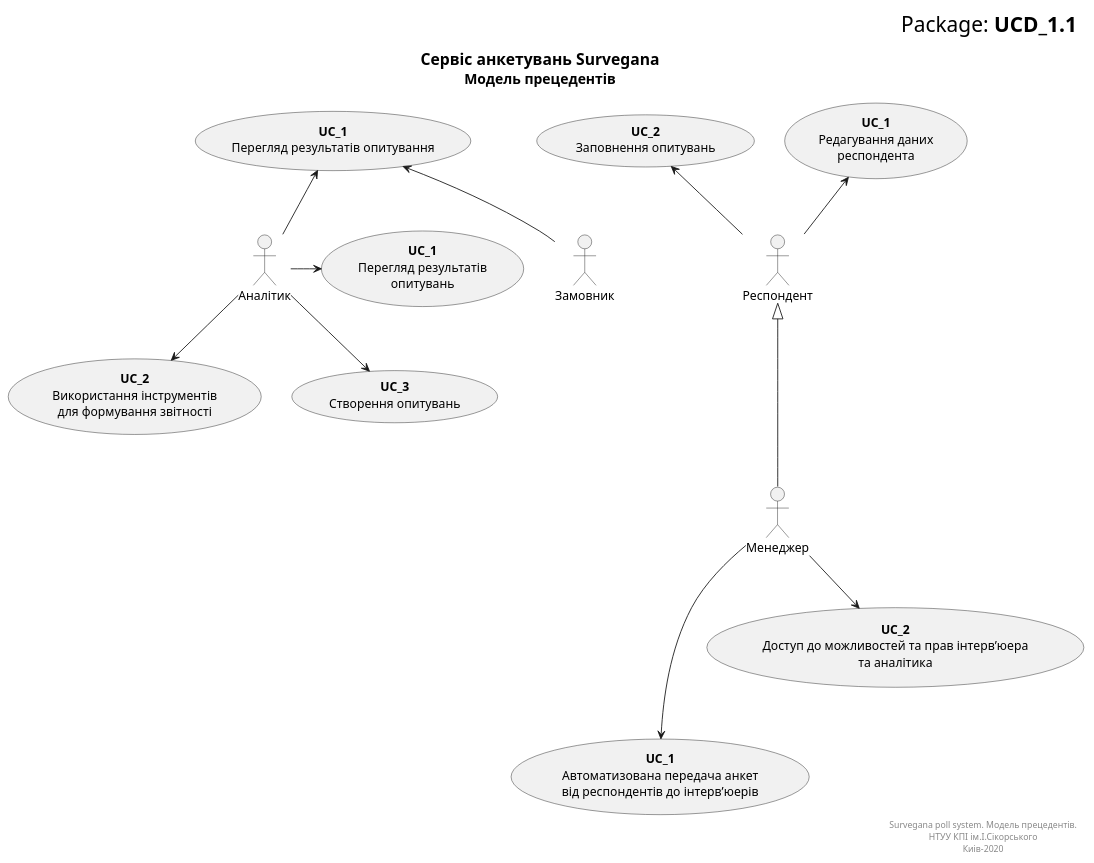
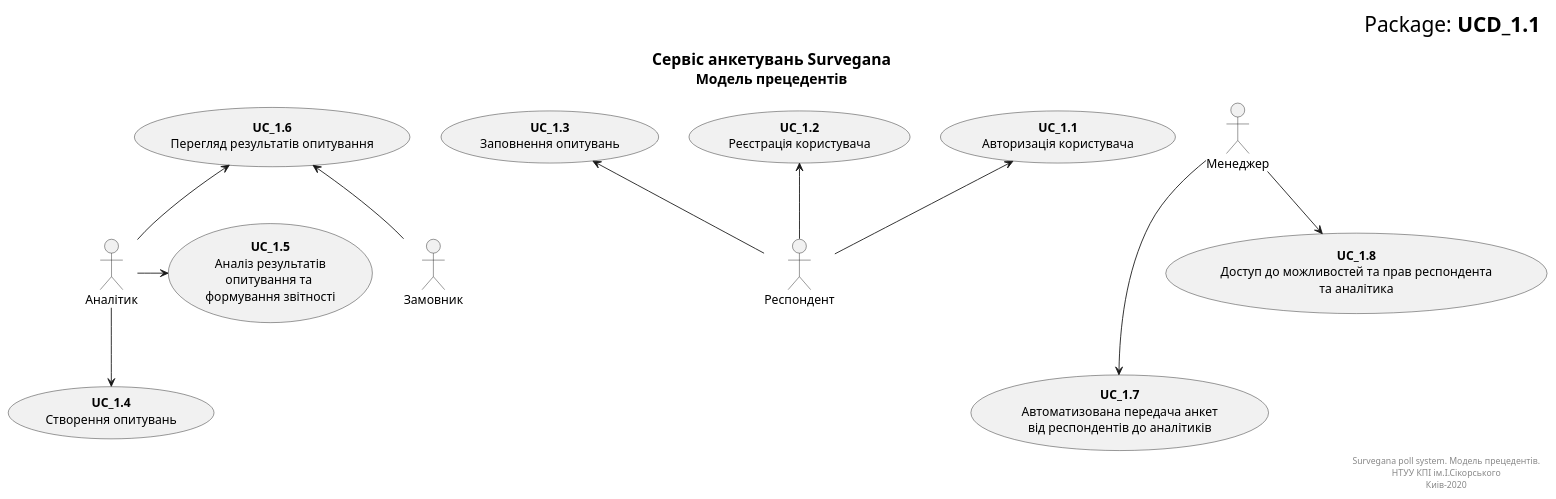
Before and after one commit to NothingIsMatter/database_basics_template: the diagram in src/uml/MainModel.puml, drawn with PlantUML.

Commit message:
reworked MainModel

```diff
--- a/src/uml/MainModel.puml
+++ b/src/uml/MainModel.puml
@@ -1,56 +1,56 @@
 @startuml
 right header
 <font size=24 color=black>Package: <b>UCD_1.1
 end header
 
 title
 <font size=18 color=black>Сервіс анкетувань Survegana
 <font size=16 color=black>Модель прецедентів
 end title
 
 actor "Респондент" as User
 actor "Аналітик" as Analyst
 actor "Замовник" as Customer
 actor "Менеджер" as Manager
 
 ' UCes for User:
-usecase "<b>UC_1</b>\nРедагування даних\nреспондента" as UC1_User
-usecase "<b>UC_2</b>\nЗаповнення опитувань" as UC2_User
+usecase "<b>UC_1.1</b>\nАвторизація користувача" as UC1.1_User
+usecase "<b>UC_1.2</b>\nРеєстрація користувача" as UC1.2_User
+usecase "<b>UC_1.3</b>\nЗаповнення опитувань" as UC1.3_User
 
 ' UCes for Analyst:
-usecase "<b>UC_1</b>\nПерегляд результатів\nопитувань" as UC1_Analyst
-usecase "<b>UC_2</b>\nВикористання інструментів\nдля формування звітності" as UC2_Analyst
-usecase "<b>UC_3</b>\nСтворення опитувань" as UC3_Analyst
+usecase "<b>UC_1.5</b>\nАналіз результатів\nопитування та \nформування звітності" as UC1.5_Analyst
+usecase "<b>UC_1.4</b>\nСтворення опитувань" as UC1.4_Analyst
+
 
 ' UCes for Customer:
-usecase "<b>UC_1</b>\nПерегляд результатів опитування" as UC1_Customer
+usecase "<b>UC_1.6</b>\nПерегляд результатів опитування" as UC1.6_Customer
 
 
 ' UCes for Manager:
-usecase "<b>UC_1</b>\nАвтоматизована передача анкет\nвід респондентів до інтерв’юерів" as UC1_Manager
-usecase "<b>UC_2</b>\nДоступ до можливостей та прав інтерв’юера\nта аналітика" as UC2_Manager
+usecase "<b>UC_1.7</b>\nАвтоматизована передача анкет\nвід респондентів до аналітиків" as UC1.7_Manager
+usecase "<b>UC_1.8</b>\nДоступ до можливостей та прав респондента\nта аналітика" as UC1.8_Manager
 
 ' Actors connections
 
 
-Manager -u--|> User
 
-User -u-> UC1_User
-User -u-> UC2_User
+User -u-> UC1.1_User
+User -u-> UC1.2_User
+User -u-> UC1.3_User
 
-Analyst -r-> UC1_Analyst
-Analyst -d-> UC2_Analyst
-Analyst -u-> UC1_Customer
-Analyst -d-> UC3_Analyst
-Customer -u-> UC1_Customer
+Analyst -r-> UC1.5_Analyst
+Analyst -d-> UC1.4_Analyst
+Analyst -u-> UC1.6_Customer
+Customer -u-> UC1.6_Customer
 
 
-Manager -d--> UC1_Manager
-Manager -d-> UC2_Manager
+Manager -d--> UC1.7_Manager
+Manager -d-> UC1.8_Manager
 
 right footer
 Survegana poll system. Модель прецедентів.
 НТУУ КПІ ім.І.Сікорського
 Киів-2020
 end footer
 @enduml
```
